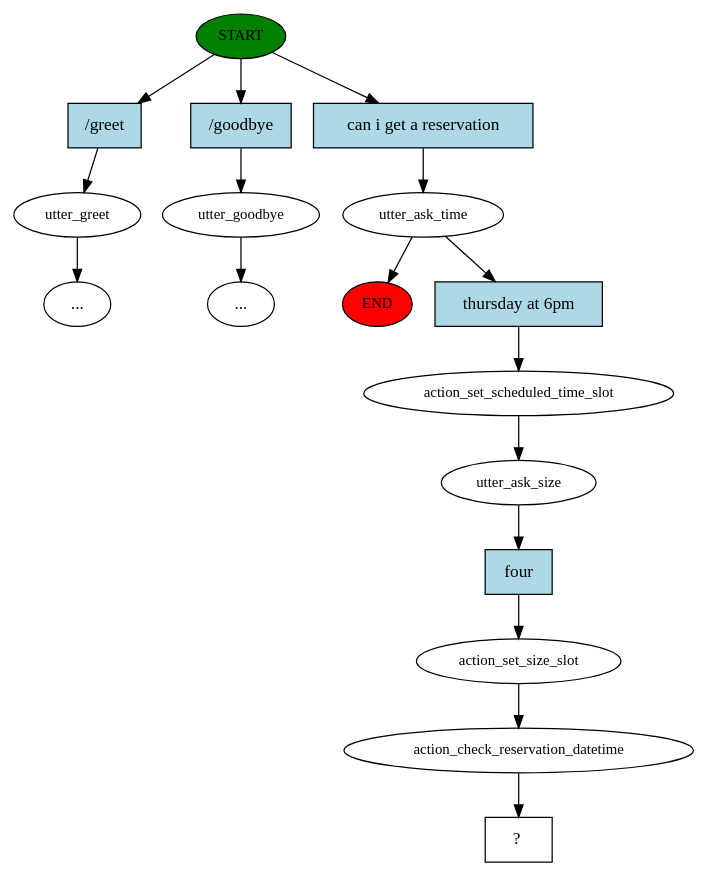
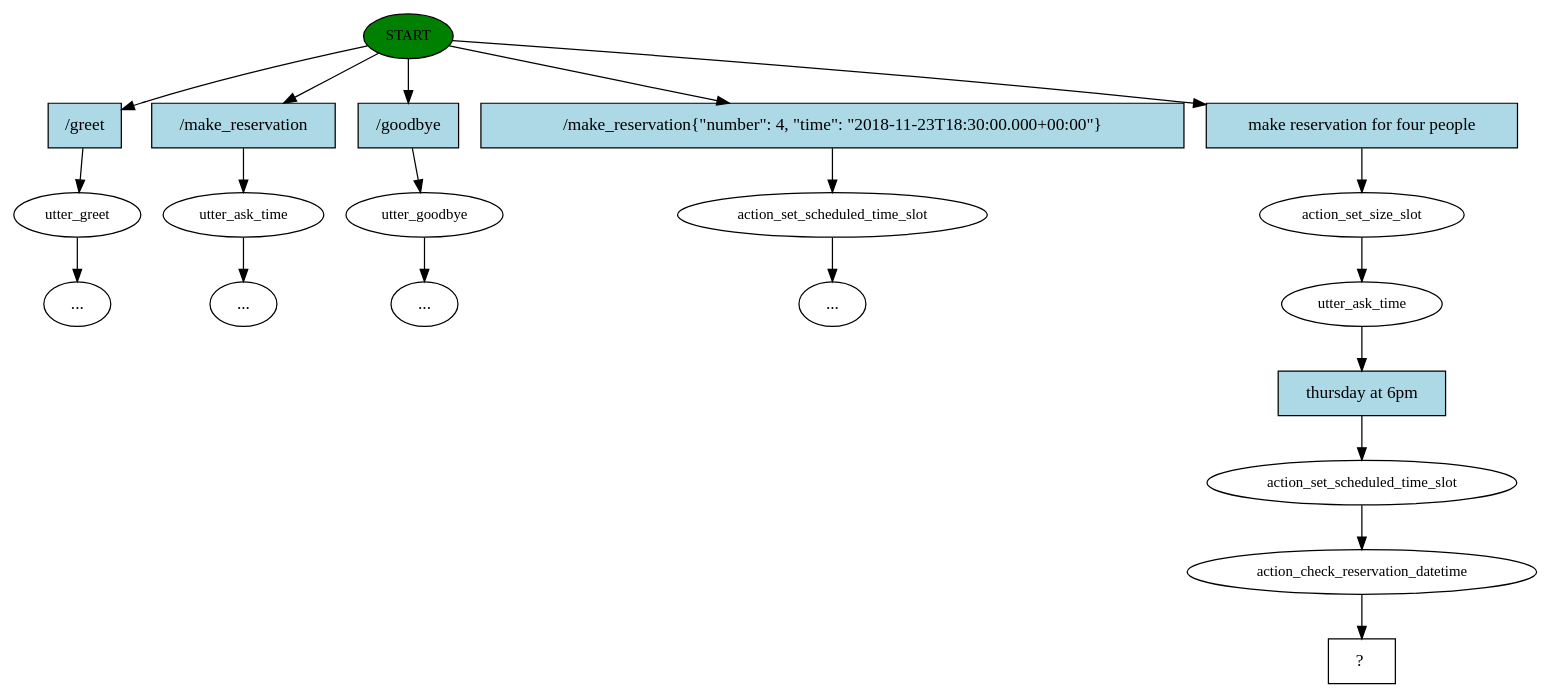
Before and after one commit to DylanRedfield/ocaptain: the diagram in Textual/story_graph.dot, drawn with Graphviz. The commit also changed 13 other files, not shown here.

```diff
--- a/Textual/story_graph.dot
+++ b/Textual/story_graph.dot
@@ -1,35 +1,41 @@
 digraph  {
 0 [label=START, fillcolor=green, style=filled, fontsize=12, class="start active"];
-"-1" [label=END, fillcolor=red, style=filled, fontsize=12, class=end];
 1 [label=utter_greet, fontsize=12, class=""];
-2 [label=utter_goodbye, fontsize=12, class=""];
-"-4" [label="...", class=ellipsis];
+2 [label=utter_ask_time, fontsize=12, class=""];
+3 [label=utter_goodbye, fontsize=12, class=""];
 "-5" [label="...", class=ellipsis];
-4 [label=utter_ask_time, fontsize=12, class=active];
-6 [label=action_set_scheduled_time_slot, fontsize=12, class=active];
-7 [label=utter_ask_size, fontsize=12, class=active];
-8 [label=action_set_size_slot, fontsize=12, class=active];
-9 [label=action_check_reservation_datetime, fontsize=12, class=active];
-10 [label="  ?  ", shape=rect, class="intent dashed active"];
-11 [label="/greet", shape=rect, style=filled, fillcolor=lightblue, class=intent];
-12 [label="/goodbye", shape=rect, style=filled, fillcolor=lightblue, class=intent];
-13 [label="can i get a reservation", shape=rect, style=filled, fillcolor=lightblue, class="intent active"];
-14 [label="thursday at 6pm", shape=rect, style=filled, fillcolor=lightblue, class="intent active"];
-15 [label=four, shape=rect, style=filled, fillcolor=lightblue, class="intent active"];
-0 -> 11  [key=0, class=""];
+"-6" [label="...", class=ellipsis];
+5 [label=action_set_scheduled_time_slot, fontsize=12, class=""];
+"-7" [label="...", class=ellipsis];
+"-8" [label="...", class=ellipsis];
+7 [label=action_set_size_slot, fontsize=12, class=active];
+8 [label=utter_ask_time, fontsize=12, class=active];
+9 [label=action_set_scheduled_time_slot, fontsize=12, class=active];
+10 [label=action_check_reservation_datetime, fontsize=12, class=active];
+11 [label="  ?  ", shape=rect, class="intent dashed active"];
+12 [label="/greet", shape=rect, style=filled, fillcolor=lightblue, class=intent];
+13 [label="/make_reservation", shape=rect, style=filled, fillcolor=lightblue, class=intent];
+14 [label="/goodbye", shape=rect, style=filled, fillcolor=lightblue, class=intent];
+15 [label="/make_reservation{\"number\": 4, \"time\": \"2018-11-23T18:30:00.000+00:00\"}", shape=rect, style=filled, fillcolor=lightblue, class=intent];
+16 [label="make reservation for four people", shape=rect, style=filled, fillcolor=lightblue, class="intent active"];
+17 [label="thursday at 6pm", shape=rect, style=filled, fillcolor=lightblue, class="intent active"];
 0 -> 12  [key=0, class=""];
-0 -> 13  [key=0, class=active];
-1 -> "-5"  [key=NONE, label="", class=""];
-2 -> "-4"  [key=NONE, label="", class=""];
-4 -> "-1"  [key=NONE, label="", class=""];
-4 -> 14  [key=0, class=active];
-6 -> 7  [key=NONE, label="", class=active];
-7 -> 15  [key=0, class=active];
-8 -> 9  [key=NONE, label="", class=active];
+0 -> 13  [key=0, class=""];
+0 -> 14  [key=0, class=""];
+0 -> 15  [key=0, class=""];
+0 -> 16  [key=0, class=active];
+1 -> "-6"  [key=NONE, label="", class=""];
+2 -> "-8"  [key=NONE, label="", class=""];
+3 -> "-5"  [key=NONE, label="", class=""];
+5 -> "-7"  [key=NONE, label="", class=""];
+7 -> 8  [key=NONE, label="", class=active];
+8 -> 17  [key=0, class=active];
 9 -> 10  [key=NONE, label="", class=active];
-11 -> 1  [key=0, class=""];
-12 -> 2  [key=0, class=""];
-13 -> 4  [key=0, class=active];
-14 -> 6  [key=0, class=active];
-15 -> 8  [key=0, class=active];
+10 -> 11  [key=NONE, label="", class=active];
+12 -> 1  [key=0, class=""];
+13 -> 2  [key=0, class=""];
+14 -> 3  [key=0, class=""];
+15 -> 5  [key=0, class=""];
+16 -> 7  [key=0, class=active];
+17 -> 9  [key=0, class=active];
 }
```
